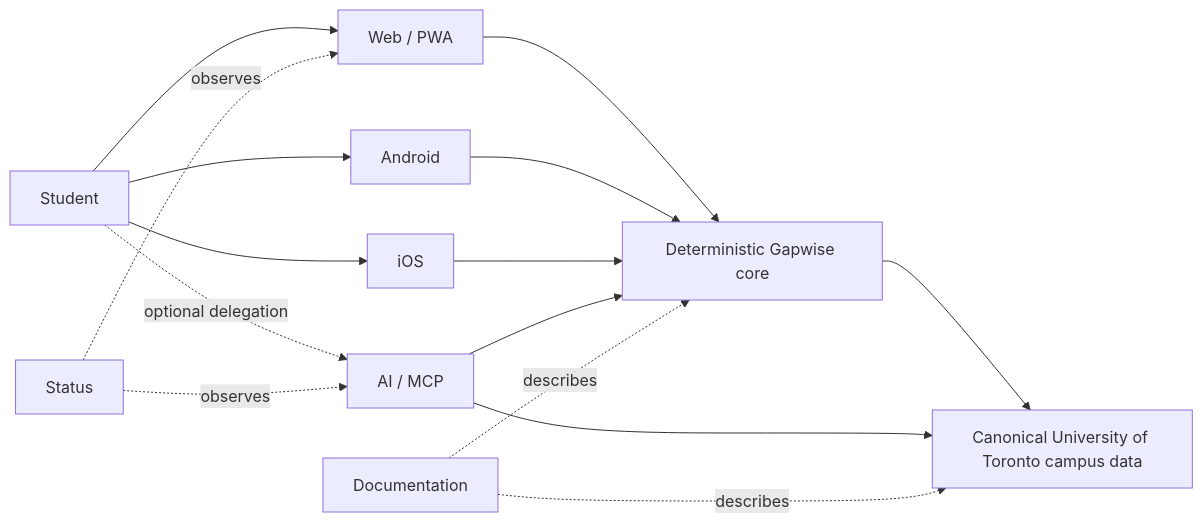
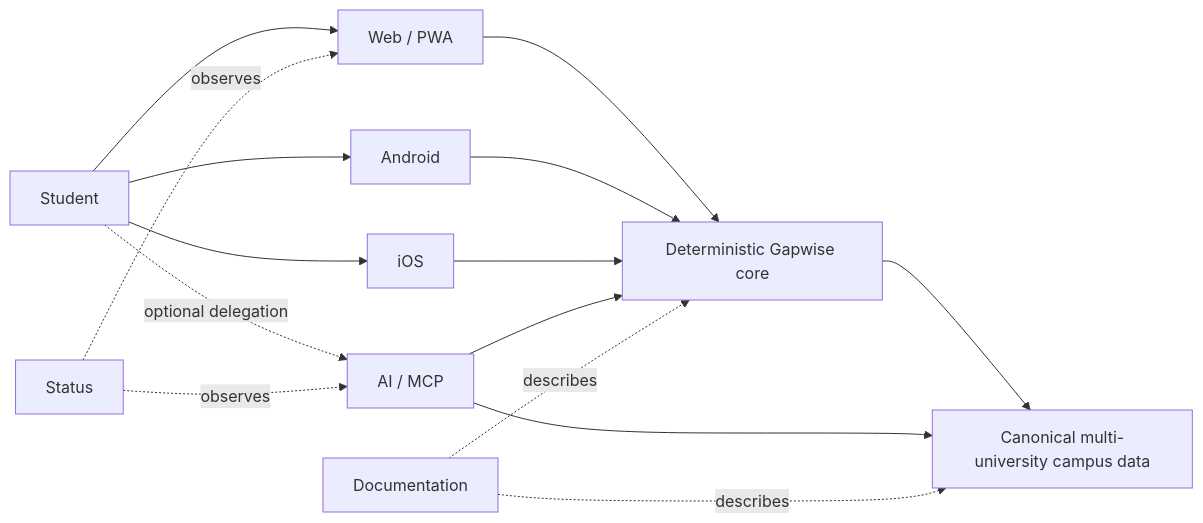
One commit to Gapwise-for-UofT/.github changed the diagram in profile/README.md. Above: the diagram before and after it, drawn with Mermaid. The commit also changed other lines of this file and 1 other file, not shown here.

Commit message:
docs: clarify multi-university application model and cli developer tooling (#6)

````diff
--- a/profile/README.md
+++ b/profile/README.md
@@ -49,20 +52,20 @@
 ```mermaid
 flowchart LR
     U[Student] --> W[Web / PWA]
     U --> A1[Android]
     U --> I[iOS]
     U -. optional delegation .-> AI[AI / MCP]
 
     W --> C[Deterministic Gapwise core]
     A1 --> C
     I --> C
     AI --> C
 
-    C --> D[Canonical University of Toronto campus data]
+    C --> D[Canonical multi-university campus data]
     AI --> D
 
     DOCS[Documentation] -. describes .-> C
     DOCS -. describes .-> D
     STATUS[Status] -. observes .-> W
     STATUS -. observes .-> AI
 ```
````
